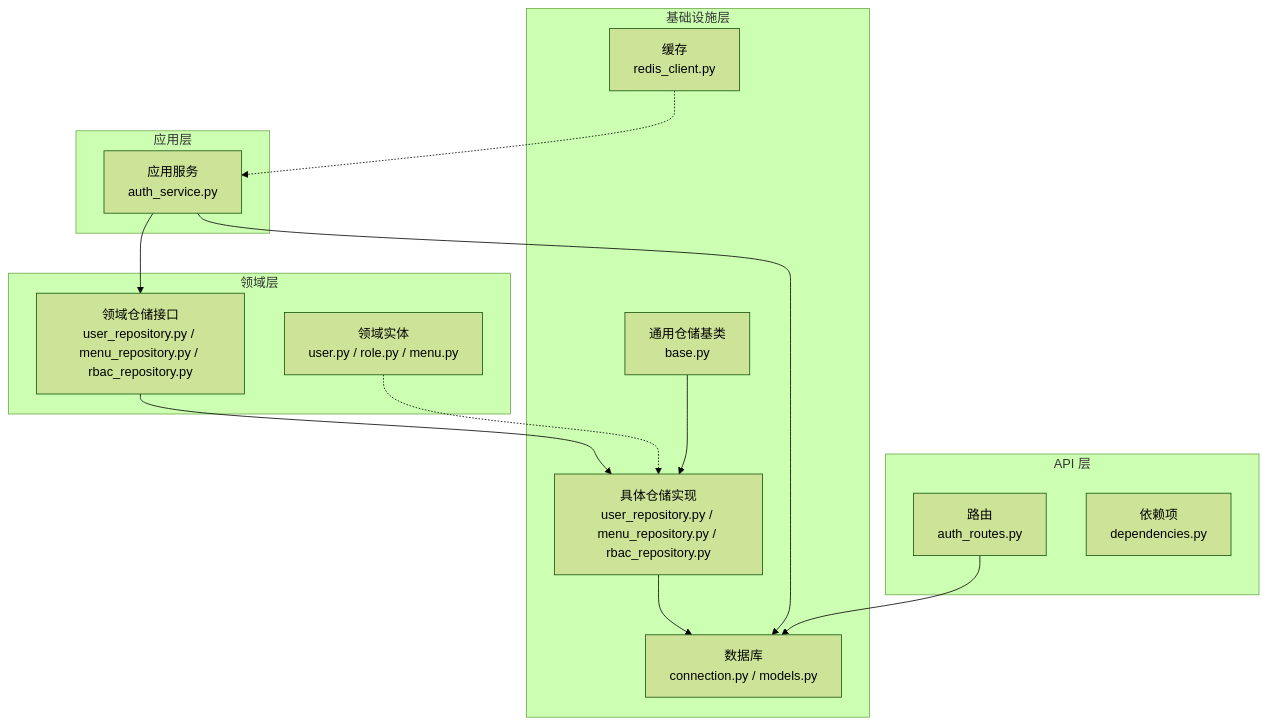
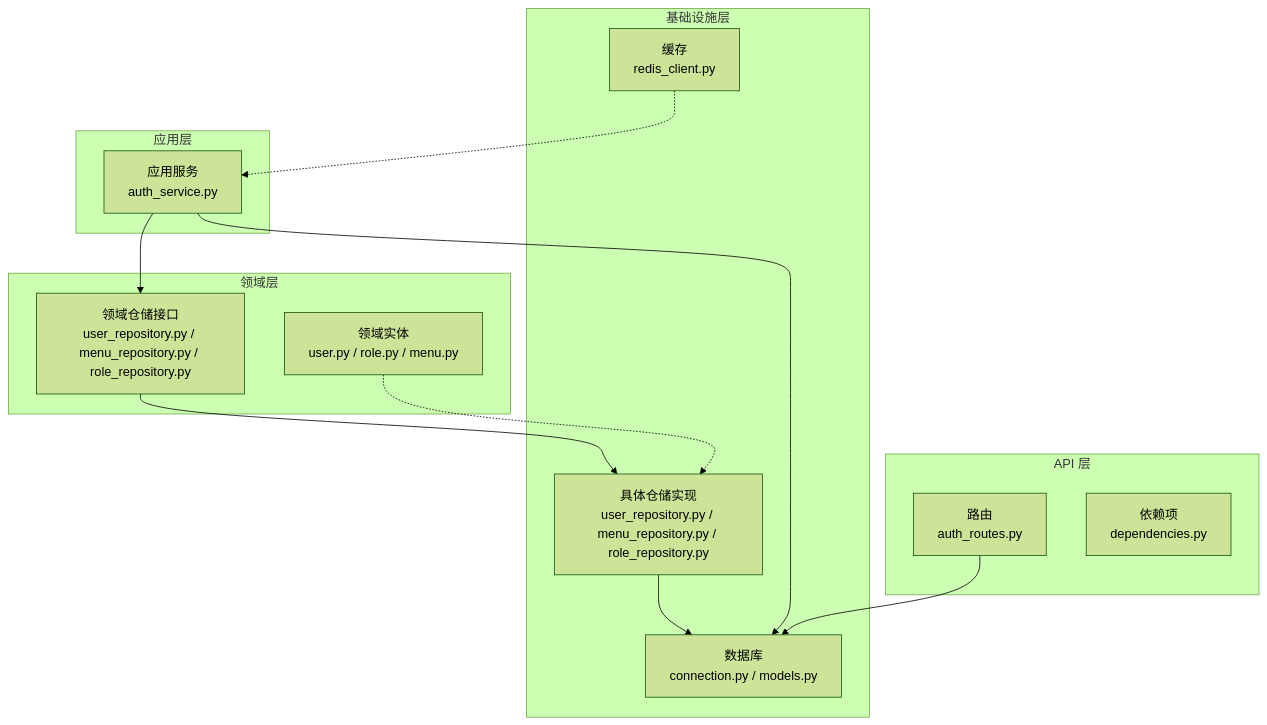
One commit to taoweidong/Hello-FastApi changed the first of 7 diagrams in .qoder/repowiki/zh/content/后端架构设计/DDD 分层架构详解/基础设施层（Data Access）.md. Above: the diagram before and after it, drawn with Mermaid (forest theme). The commit also changed other lines of this file and 75 other files, not shown here.

````diff
--- a/.qoder/repowiki/zh/content/后端架构设计/DDD 分层架构详解/基础设施层（Data Access）.md
+++ b/.qoder/repowiki/zh/content/后端架构设计/DDD 分层架构详解/基础设施层（Data Access）.md
@@ -63,28 +64,26 @@
 ```mermaid
 graph TB
 subgraph "基础设施层"
 DB["数据库<br/>connection.py / models.py"]
-BASE["通用仓储基类<br/>base.py"]
-REPO["具体仓储实现<br/>user_repository.py / menu_repository.py / rbac_repository.py"]
+REPO["具体仓储实现<br/>user_repository.py / menu_repository.py / role_repository.py"]
 CACHE["缓存<br/>redis_client.py"]
 end
 subgraph "领域层"
-DOMAIN_REPO["领域仓储接口<br/>user_repository.py / menu_repository.py / rbac_repository.py"]
+DOMAIN_REPO["领域仓储接口<br/>user_repository.py / menu_repository.py / role_repository.py"]
 DOMAIN_ENTITY["领域实体<br/>user.py / role.py / menu.py"]
 end
 subgraph "应用层"
 SVC["应用服务<br/>auth_service.py"]
 end
 subgraph "API 层"
 ROUTES["路由<br/>auth_routes.py"]
 DEPS["依赖项<br/>dependencies.py"]
 end
 SVC --> DOMAIN_REPO
 DOMAIN_REPO --> REPO
 REPO --> DB
 DOMAIN_ENTITY -.-> REPO
 SVC --> DB
 ROUTES --> DB
 CACHE -.-> SVC
-BASE --> REPO
 ```
````
